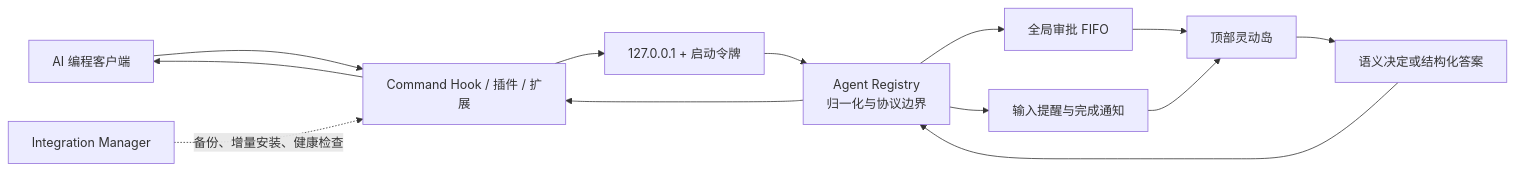
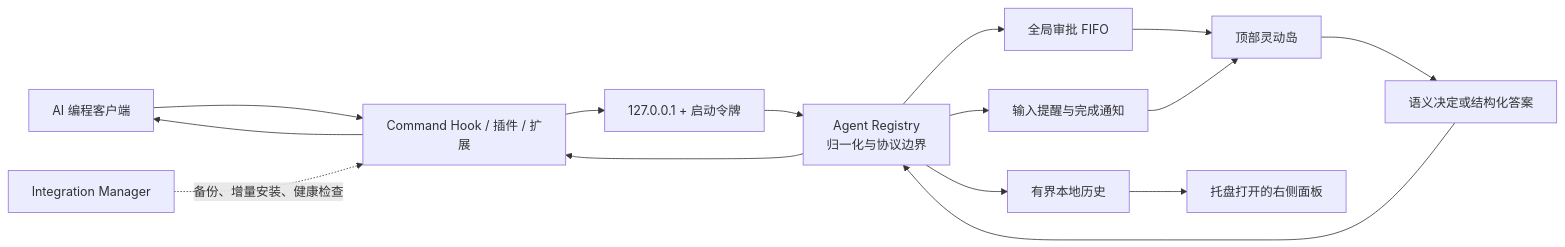
One commit to DaliBerr/Vibe-Halo changed the diagram in README.zh-CN.md. Above: the diagram before and after it, drawn with Mermaid. The commit also changed other lines of this file and 35 other files, not shown here.

````diff
--- a/README.zh-CN.md
+++ b/README.zh-CN.md
@@ -138,15 +147,17 @@
 ```mermaid
 flowchart LR
     A["AI 编程客户端"] --> B["Command Hook / 插件 / 扩展"]
     B --> C["127.0.0.1 + 启动令牌"]
     C --> D["Agent Registry<br/>归一化与协议边界"]
     D --> E["全局审批 FIFO"]
     D --> F["输入提醒与完成通知"]
     E --> G["顶部灵动岛"]
     F --> G
     G --> H["语义决定或结构化答案"]
     H --> D
     D --> B
     B --> A
+    D --> J["有界本地历史"]
+    J --> K["托盘打开的右侧面板"]
     I["Integration Manager"] -. "备份、增量安装、健康检查" .-> B
 ```
````
